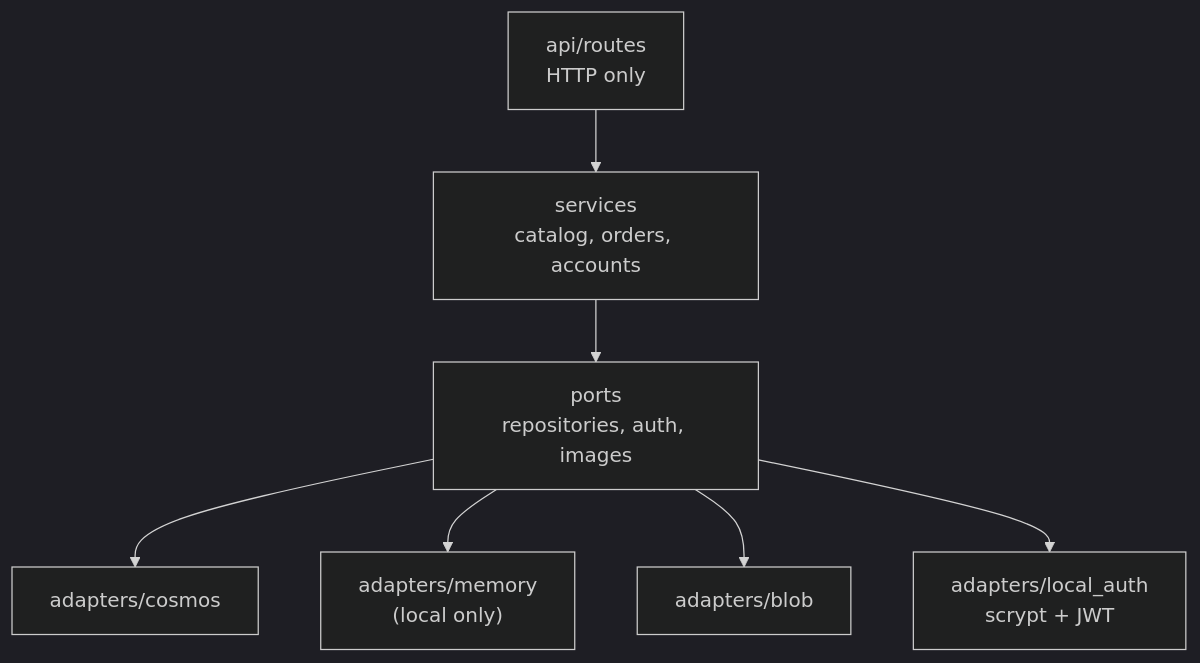
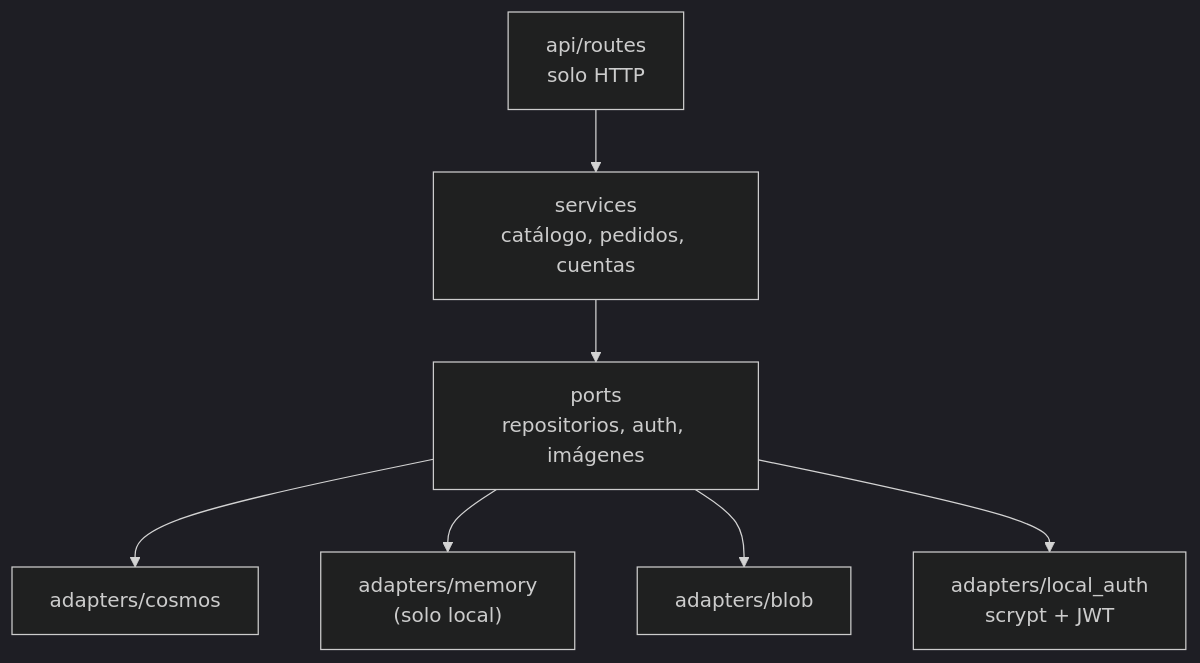
One commit to Andr3xDev/migas-en-la-nube changed the second of 2 diagrams in docs/diagramas/architecture.md. Above: the diagram before and after it, drawn with Mermaid (dark theme). The commit also changed other lines of this file and 4 other files, not shown here.

Commit message:
docs: add context and network diagrams, translate existing ones

````diff
--- a/docs/diagramas/architecture.md
+++ b/docs/diagramas/architecture.md
@@ -31,9 +31,9 @@
 ```mermaid
 flowchart TB
-    Routes["api/routes<br/>HTTP only"] --> Services["services<br/>catalog, orders, accounts"]
-    Services --> Ports["ports<br/>repositories, auth, images"]
+    Routes["api/routes<br/>solo HTTP"] --> Services["services<br/>catálogo, pedidos, cuentas"]
+    Services --> Ports["ports<br/>repositorios, auth, imágenes"]
     Ports --> Cosmos["adapters/cosmos"]
-    Ports --> Memory["adapters/memory<br/>(local only)"]
+    Ports --> Memory["adapters/memory<br/>(solo local)"]
     Ports --> BlobA["adapters/blob"]
     Ports --> Auth["adapters/local_auth<br/>scrypt + JWT"]
 ```
````
